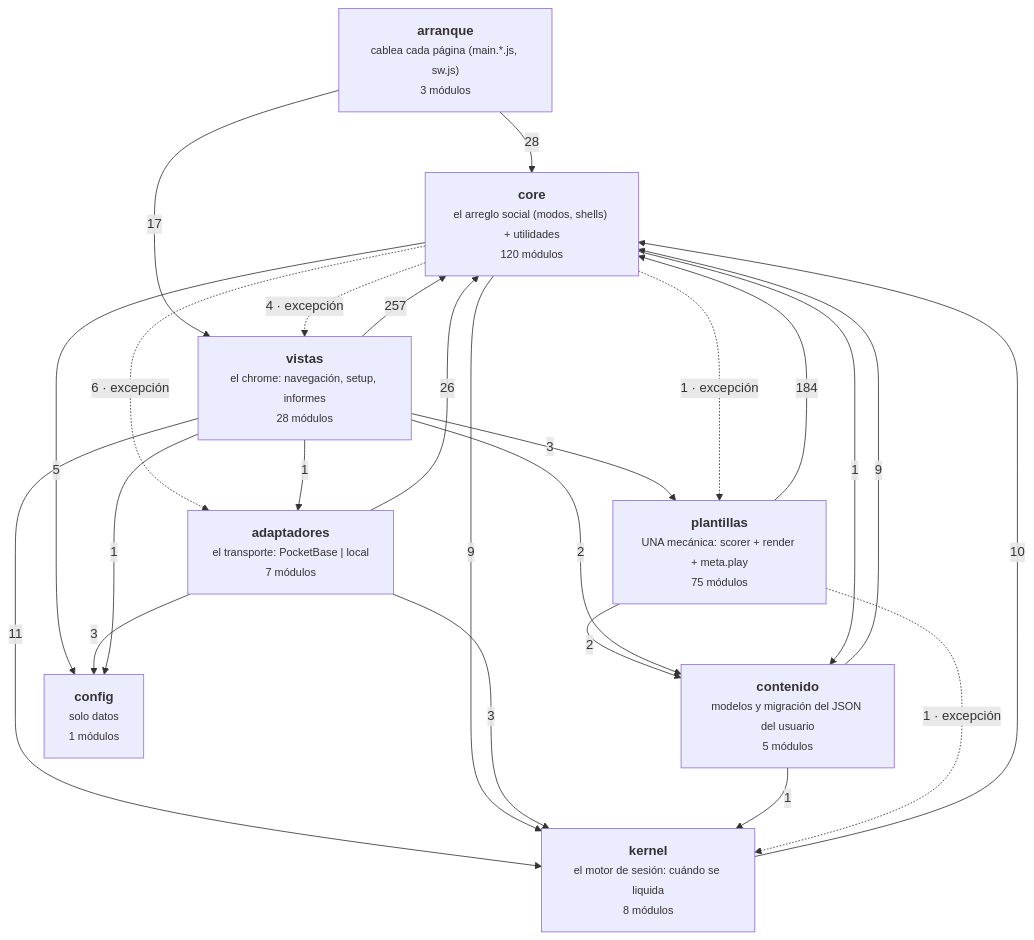
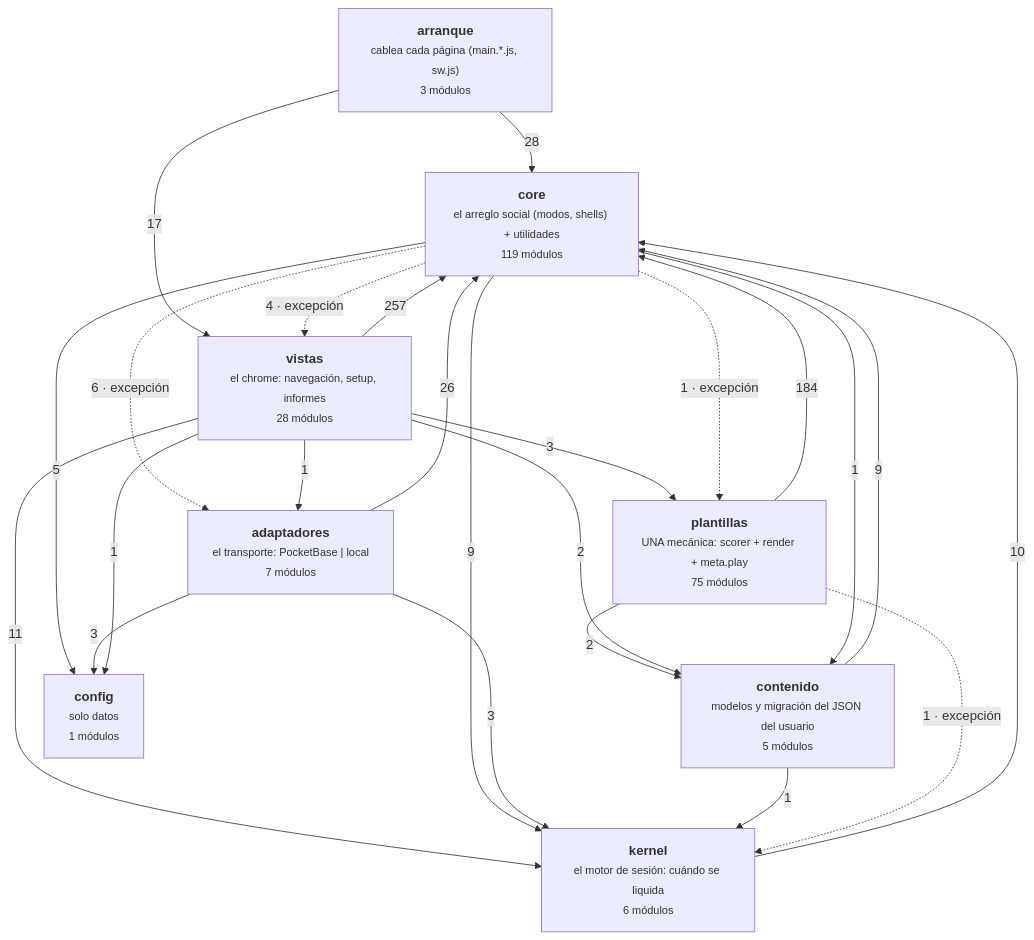
Before and after one commit to duecaz/ac: the diagram in docs/arquitectura-modulos.md, drawn with Mermaid. The commit also changed other lines of this file and 15 other files, not shown here.

````diff
--- a/docs/arquitectura-modulos.md
+++ b/docs/arquitectura-modulos.md
@@ -49,34 +49,34 @@
 ```mermaid
 graph TD
   A["<b>arranque</b><br/><small>cablea cada página (main.*.js, sw.js)</small><br/><small>3 módulos</small>"]
   V["<b>vistas</b><br/><small>el chrome: navegación, setup, informes</small><br/><small>28 módulos</small>"]
   AD["<b>adaptadores</b><br/><small>el transporte: PocketBase | local</small><br/><small>7 módulos</small>"]
-  C["<b>core</b><br/><small>el arreglo social (modos, shells) + utilidades</small><br/><small>120 módulos</small>"]
-  K["<b>kernel</b><br/><small>el motor de sesión: cuándo se liquida</small><br/><small>8 módulos</small>"]
+  C["<b>core</b><br/><small>el arreglo social (modos, shells) + utilidades</small><br/><small>119 módulos</small>"]
+  K["<b>kernel</b><br/><small>el motor de sesión: cuándo se liquida</small><br/><small>6 módulos</small>"]
   T["<b>plantillas</b><br/><small>UNA mecánica: scorer + render + meta.play</small><br/><small>75 módulos</small>"]
   CO["<b>contenido</b><br/><small>modelos y migración del JSON del usuario</small><br/><small>5 módulos</small>"]
   CF["<b>config</b><br/><small>solo datos</small><br/><small>1 módulos</small>"]
   V -->|257| C
   T -->|184| C
   A -->|28| C
   AD -->|26| C
   A -->|17| V
   V -->|11| K
   K -->|10| C
   C -->|9| K
   CO -->|9| C
   C -.->|6 · excepción| AD
   C -->|5| CF
   C -.->|4 · excepción| V
   AD -->|3| CF
   AD -->|3| K
   V -->|3| T
   T -->|2| CO
   V -->|2| CO
   C -.->|1 · excepción| T
   C -->|1| CO
   CO -->|1| K
   T -.->|1 · excepción| K
   V -->|1| AD
   V -->|1| CF
 ```
````
